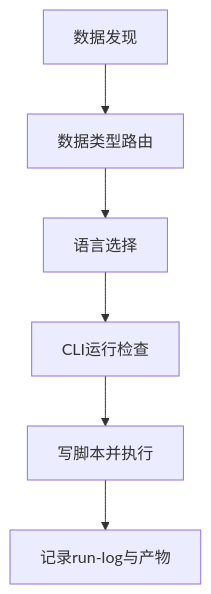
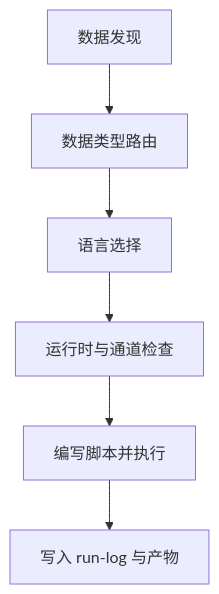
The first of 2 diagrams in phases/01-init-and-routing.md (JingYangYuan/paper-analysis-4ss), drawn with Mermaid before and after one commit. The commit also changed other lines of this file and 23628 other files, not shown here.

````diff
--- a/phases/01-init-and-routing.md
+++ b/phases/01-init-and-routing.md
@@ -5,8 +5,8 @@
 ```mermaid
 flowchart TD
   A[数据发现] --> B[数据类型路由]
   B --> C[语言选择]
-  C --> D[CLI运行检查]
-  D --> E[写脚本并执行]
-  E --> F[记录run-log与产物]
+  C --> D[运行时与通道检查]
+  D --> E[编写脚本并执行]
+  E --> F[写入 run-log 与产物]
 ```
````
